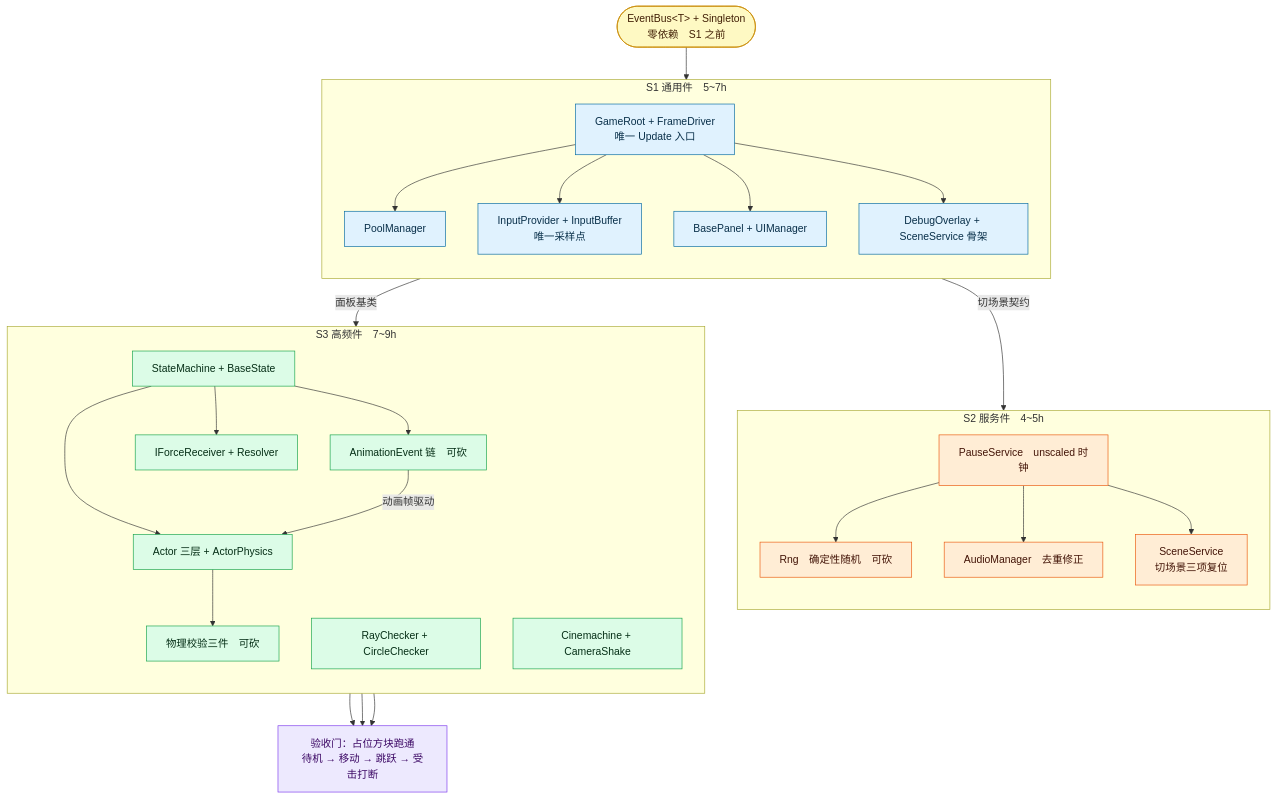
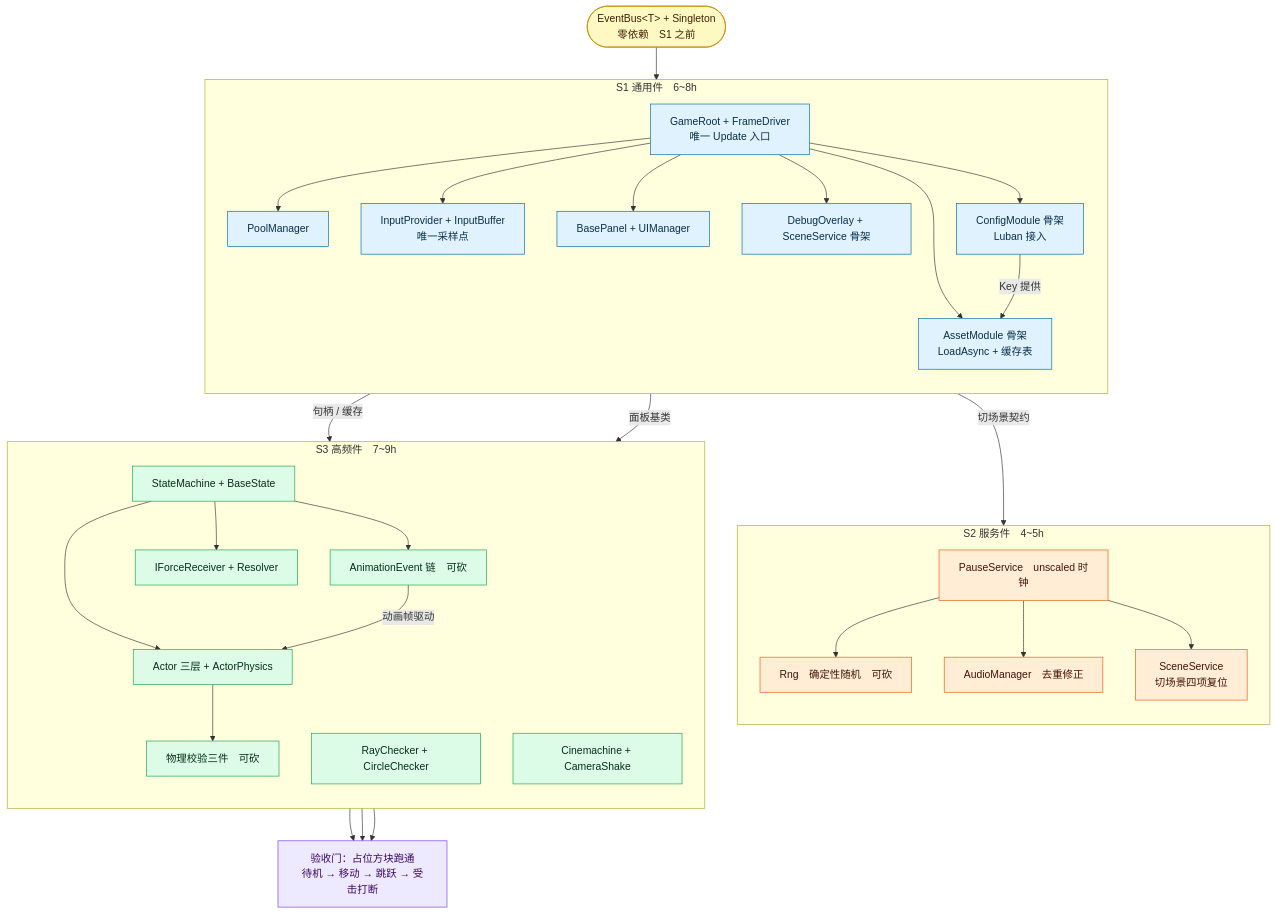
One commit to 5FYZhou/deepseaoil changed the seventh of 8 diagrams in Docs/框架设计/框架蓝图.md. Above: the diagram before and after it, drawn with Mermaid. The commit also changed other lines of this file and 7 other files, not shown here.

First line of the commit message:
docs(framework): 蓝图并入 Data 层与总览，重写程序集/目录节

````diff
--- a/Docs/框架设计/框架蓝图.md
+++ b/Docs/框架设计/框架蓝图.md
@@ -263,66 +522,72 @@
 ```mermaid
 flowchart TD
   Bus(["EventBus&lt;T&gt; + Singleton<br/>零依赖　S1 之前"])
 
-  subgraph S1["S1 通用件　5~7h"]
+  subgraph S1["S1 通用件　6~8h"]
     direction TB
     S1In["GameRoot + FrameDriver<br/>唯一 Update 入口"]
     S1a["PoolManager"]
     S1b["InputProvider + InputBuffer<br/>唯一采样点"]
     S1c["BasePanel + UIManager"]
     S1d["DebugOverlay + SceneService 骨架"]
+    S1e["ConfigModule 骨架<br/>Luban 接入"]
+    S1f["AssetModule 骨架<br/>LoadAsync + 缓存表"]
     S1In --> S1a
     S1In --> S1b
     S1In --> S1c
     S1In --> S1d
+    S1In --> S1e
+    S1In --> S1f
   end
 
   subgraph S2["S2 服务件　4~5h"]
     direction TB
     S2In["PauseService　unscaled 时钟"]
     S2a["Rng　确定性随机　可砍"]
     S2b["AudioManager　去重修正"]
-    S2c["SceneService<br/>切场景三项复位"]
+    S2c["SceneService<br/>切场景四项复位"]
     S2In --> S2a
     S2In --> S2b
     S2In --> S2c
   end
 
   subgraph S3["S3 高频件　7~9h"]
     direction TB
     S3In["StateMachine + BaseState"]
     S3a["AnimationEvent 链　可砍"]
     S3b["Actor 三层 + ActorPhysics"]
     S3c["IForceReceiver + Resolver"]
     S3In --> S3a
     S3In --> S3b
     S3In --> S3c
 
     S3x["RayChecker + CircleChecker"]
     S3y["Cinemachine + CameraShake"]
     S3z["物理校验三件　可砍"]
   end
 
   Gate["验收门：占位方块跑通<br/>待机 → 移动 → 跳跃 → 受击打断"]
 
   Bus --> S1In
+  S1e -->|"Key 提供"| S1f
+  S1f -->|"句柄 / 缓存"| S3b
   S1d -->|"切场景契约"| S2c
   S1c -->|"面板基类"| S3In
   S3a -->|"动画帧驱动"| S3b
   S3b --> S3z
   S3b --> Gate
   S3c --> Gate
   S3z --> Gate
 
   classDef base fill:#fef9c3,stroke:#ca8a04,color:#422006
   classDef s1 fill:#e0f2fe,stroke:#0369a1,color:#082f49
   classDef s2 fill:#ffedd5,stroke:#ea580c,color:#431407
   classDef s3 fill:#dcfce7,stroke:#16a34a,color:#052e16
   classDef gate fill:#ede9fe,stroke:#7c3aed,color:#3b0764
 
   class Bus base
-  class S1In,S1a,S1b,S1c,S1d s1
+  class S1In,S1a,S1b,S1c,S1d,S1e,S1f s1
   class S2In,S2a,S2b,S2c s2
   class S3In,S3a,S3b,S3c,S3x,S3y,S3z s3
   class Gate gate
 ```
````
